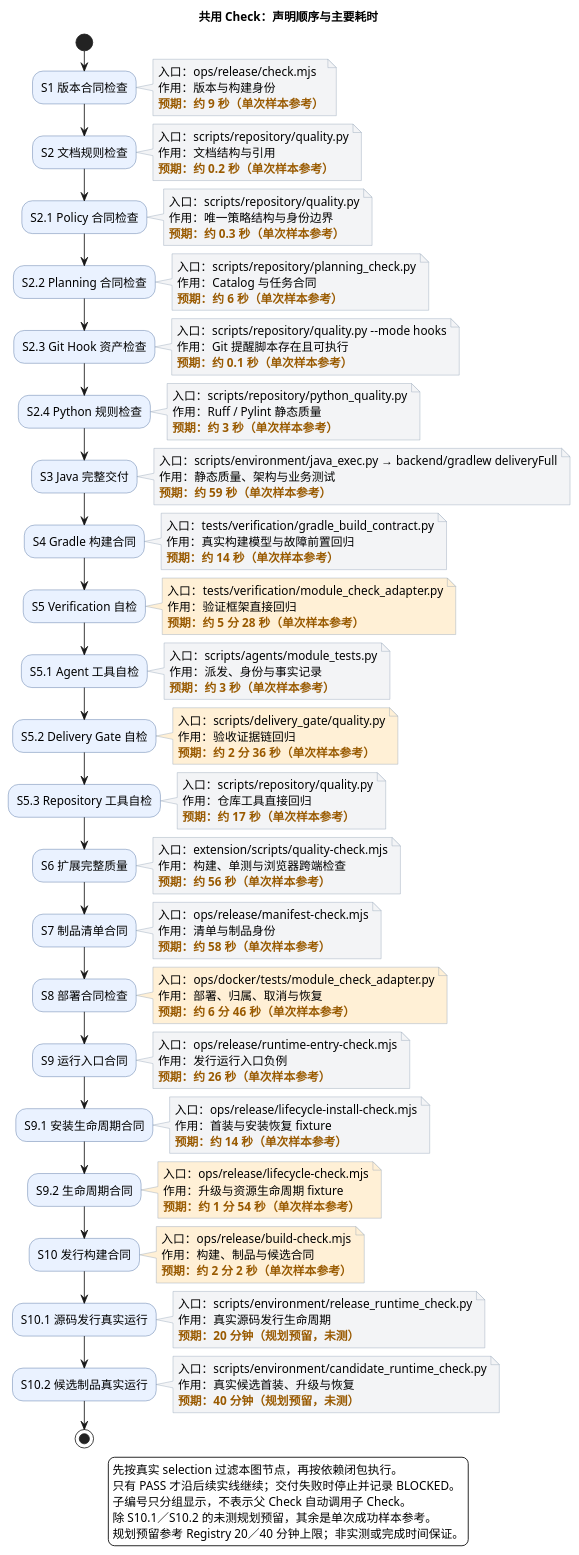
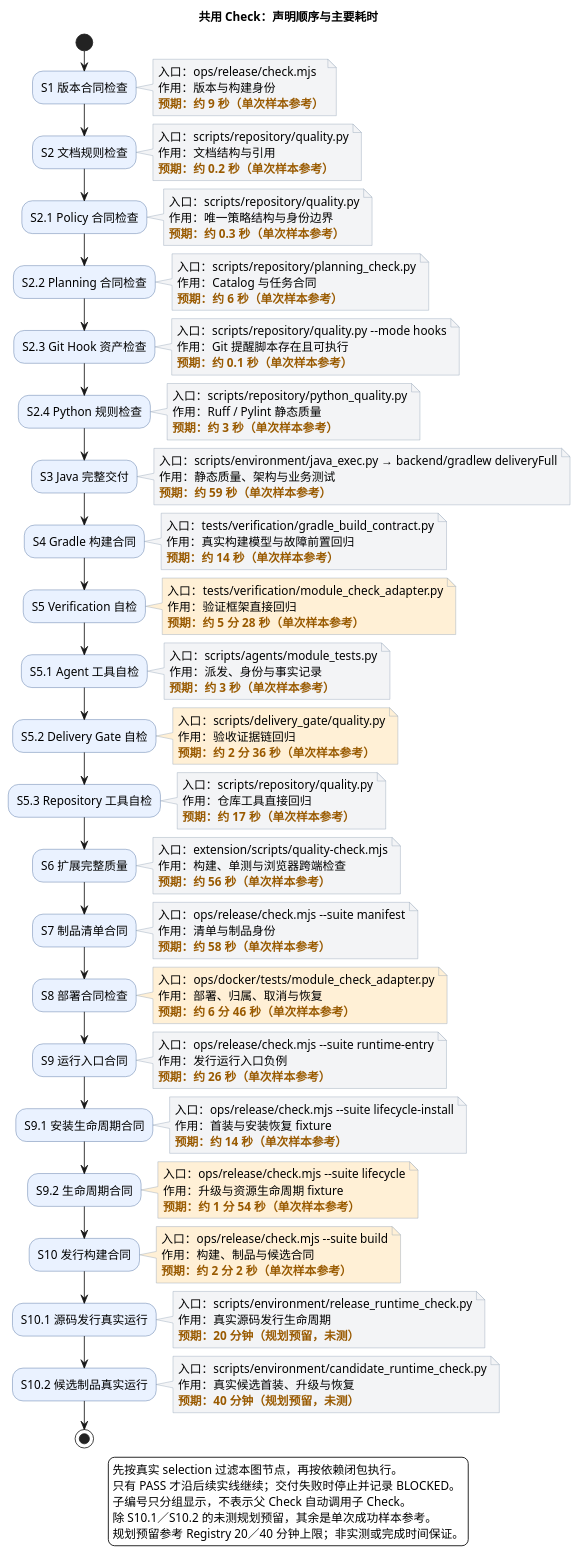
One commit to iampkuhz/lexiflow changed the diagram in docs/reference/verification/check-catalog.md. Above: the diagram before and after it, drawn with PlantUML. The commit also changed other lines of this file and 197 other files, not shown here.

```diff
--- a/docs/reference/verification/check-catalog.md
+++ b/docs/reference/verification/check-catalog.md
@@ -102,7 +102,7 @@
 end note
 :S7 制品清单合同;
 note right
-入口：ops/release/manifest-check.mjs
+入口<U+FF1A>ops<U+002F>release<U+002F>check<U+002E>mjs <U+002D><U+002D>suite manifest
 作用：清单与制品身份
 <color:#995A00><b>预期：约 58 秒（单次样本参考）</b></color>
 end note
@@ -114,25 +114,25 @@
 end note
 :S9 运行入口合同;
 note right
-入口：ops/release/runtime-entry-check.mjs
+入口<U+FF1A>ops<U+002F>release<U+002F>check<U+002E>mjs <U+002D><U+002D>suite runtime<U+002D>entry
 作用：发行运行入口负例
 <color:#995A00><b>预期：约 26 秒（单次样本参考）</b></color>
 end note
 :S9.1 安装生命周期合同;
 note right
-入口：ops/release/lifecycle-install-check.mjs
+入口<U+FF1A>ops<U+002F>release<U+002F>check<U+002E>mjs <U+002D><U+002D>suite lifecycle<U+002D>install
 作用：首装与安装恢复 fixture
 <color:#995A00><b>预期：约 14 秒（单次样本参考）</b></color>
 end note
 :S9.2 生命周期合同;
 note right #FFF0D6
-入口：ops/release/lifecycle-check.mjs
+入口<U+FF1A>ops<U+002F>release<U+002F>check<U+002E>mjs <U+002D><U+002D>suite lifecycle
 作用：升级与资源生命周期 fixture
 <color:#995A00><b>预期：约 1 分 54 秒（单次样本参考）</b></color>
 end note
 :S10 发行构建合同;
 note right #FFF0D6
-入口：ops/release/build-check.mjs
+入口<U+FF1A>ops<U+002F>release<U+002F>check<U+002E>mjs <U+002D><U+002D>suite build
 作用：构建、制品与候选合同
 <color:#995A00><b>预期：约 2 分 2 秒（单次样本参考）</b></color>
 end note
```
